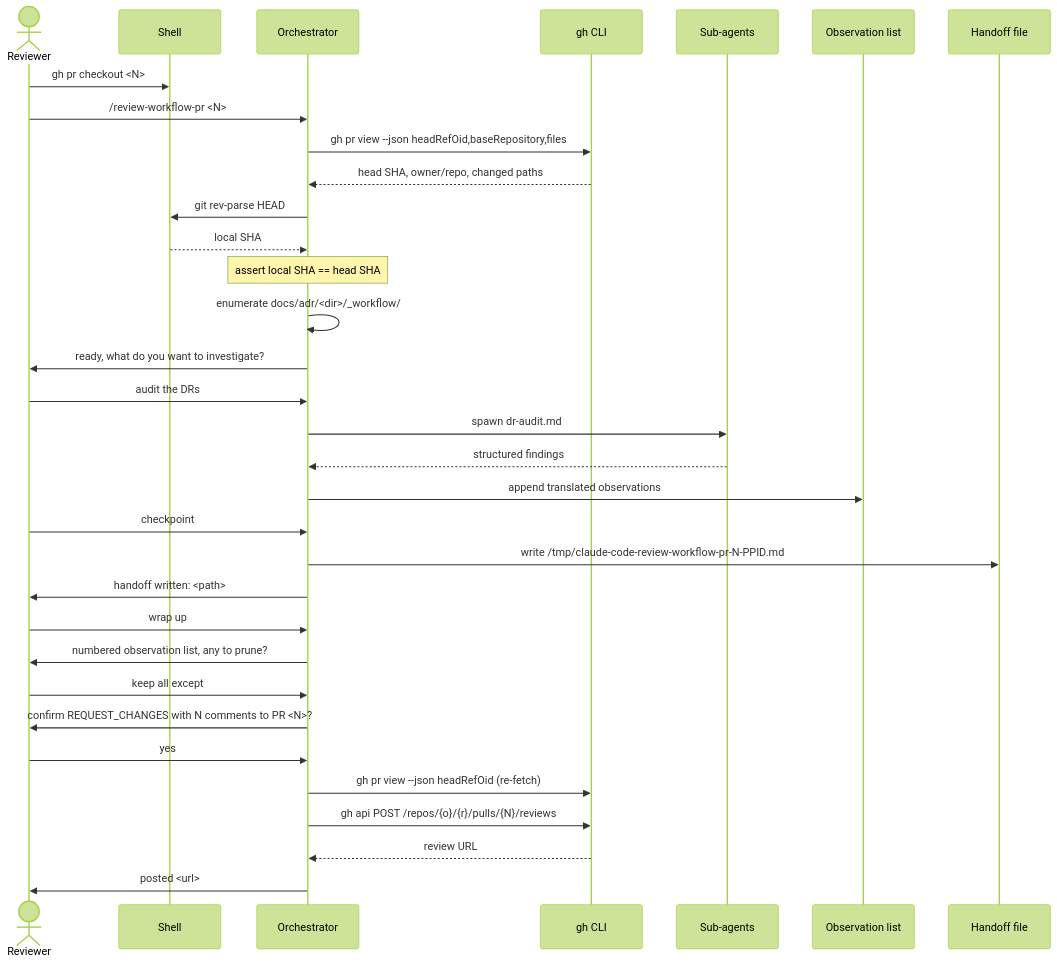
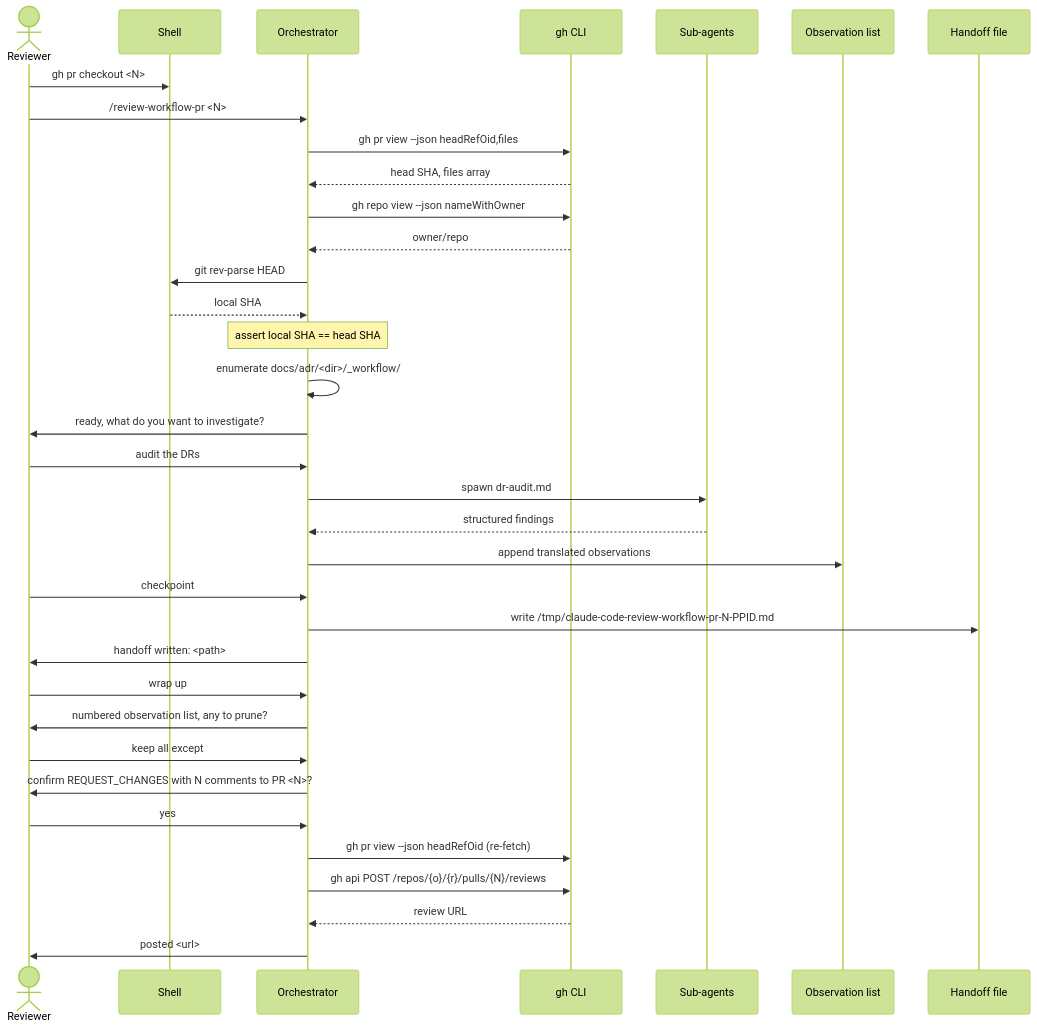
Before and after one commit to JetBrains/youtrackdb: the second of 2 diagrams in docs/adr/dd-workflow-review-skill/_workflow/design.md, drawn with Mermaid (forest theme). The commit also changed other lines of this file and 4 other files, not shown here.

````diff
--- a/docs/adr/dd-workflow-review-skill/_workflow/design.md
+++ b/docs/adr/dd-workflow-review-skill/_workflow/design.md
@@ -94,39 +94,41 @@
 ```mermaid
 sequenceDiagram
     actor R as Reviewer
     participant Sh as Shell
     participant Sk as Orchestrator
     participant GH as gh CLI
     participant Sub as Sub-agents
     participant Obs as Observation list
     participant HF as Handoff file
 
     R->>Sh: gh pr checkout <N>
     R->>Sk: /review-workflow-pr <N>
-    Sk->>GH: gh pr view --json headRefOid,baseRepository,files
-    GH-->>Sk: head SHA, owner/repo, changed paths
+    Sk->>GH: gh pr view --json headRefOid,files
+    GH-->>Sk: head SHA, files array
+    Sk->>GH: gh repo view --json nameWithOwner
+    GH-->>Sk: owner/repo
     Sk->>Sh: git rev-parse HEAD
     Sh-->>Sk: local SHA
     Note over Sk: assert local SHA == head SHA
     Sk->>Sk: enumerate docs/adr/<dir>/_workflow/
     Sk->>R: ready, what do you want to investigate?
 
     R->>Sk: audit the DRs
     Sk->>Sub: spawn dr-audit.md
     Sub-->>Sk: structured findings
     Sk->>Obs: append translated observations
 
     R->>Sk: checkpoint
     Sk->>HF: write /tmp/claude-code-review-workflow-pr-N-PPID.md
     Sk->>R: handoff written: <path>
 
     R->>Sk: wrap up
     Sk->>R: numbered observation list, any to prune?
     R->>Sk: keep all except #3
     Sk->>R: confirm REQUEST_CHANGES with N comments to PR <N>?
     R->>Sk: yes
     Sk->>GH: gh pr view --json headRefOid (re-fetch)
     Sk->>GH: gh api POST /repos/{o}/{r}/pulls/{N}/reviews
     GH-->>Sk: review URL
     Sk->>R: posted <url>
 ```
````
